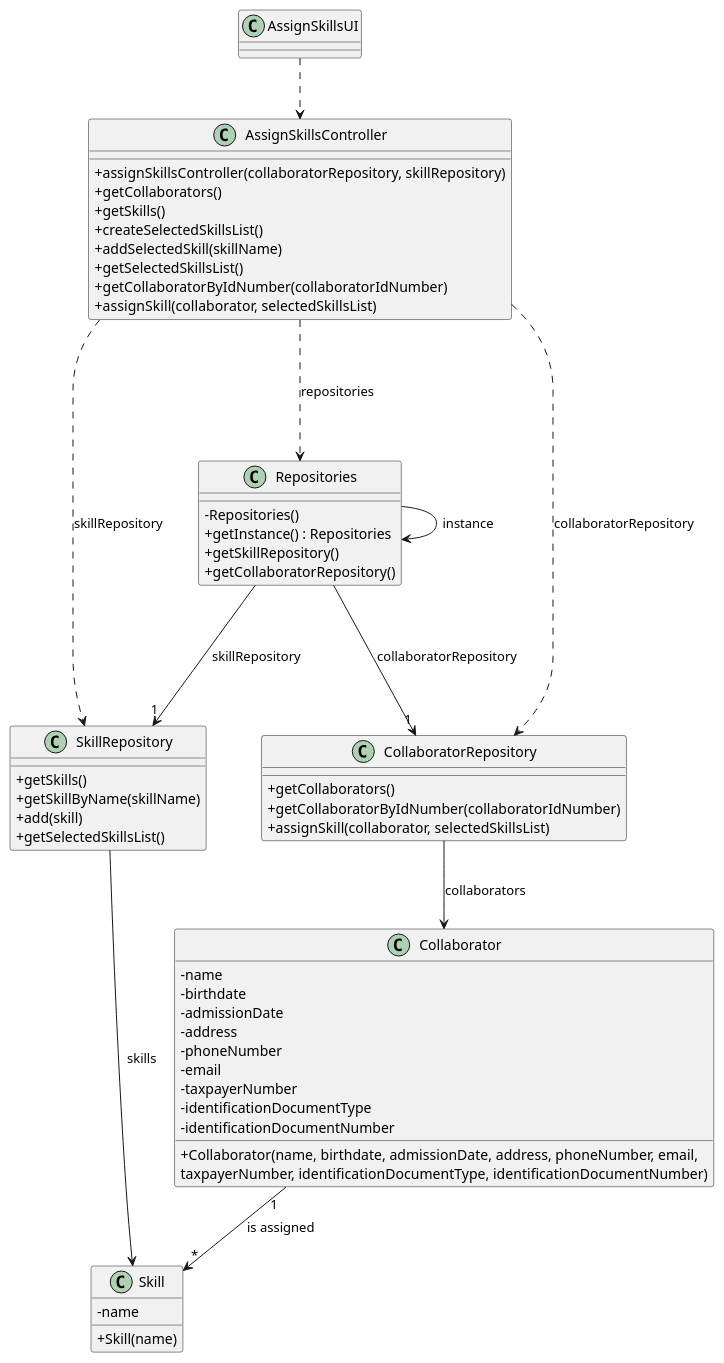
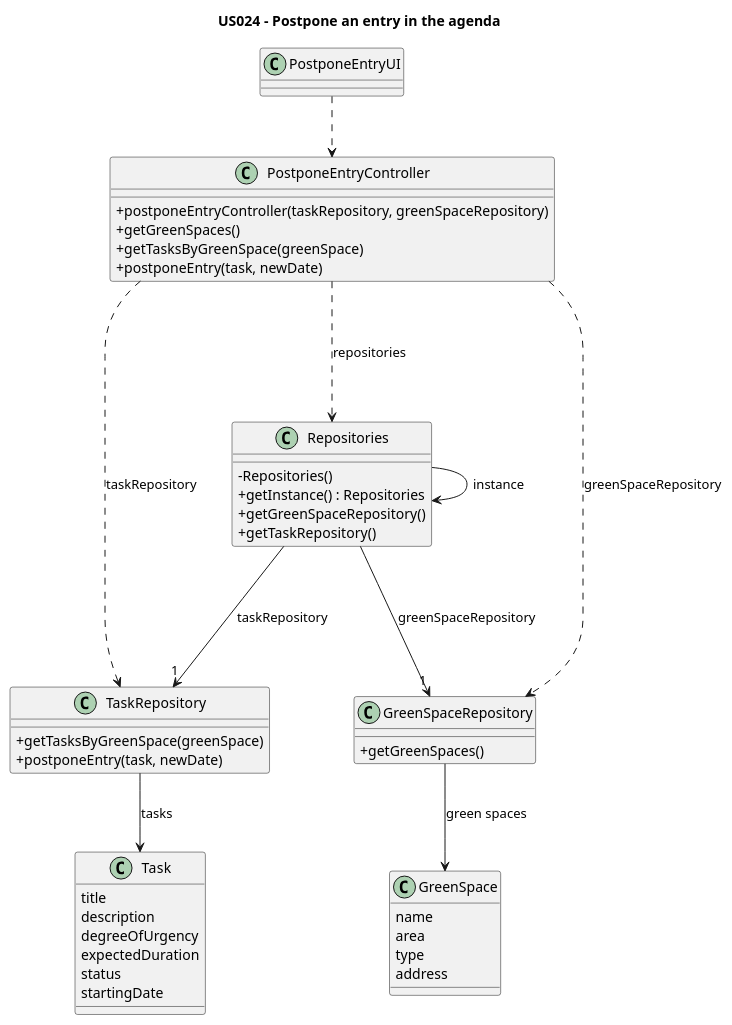
One commit to Departamento-de-Engenharia-Informatica/lei-24-s2-1dm-g132 changed the diagram in docs/sprintC/us024/03.design/puml/us024-class-diagram.puml. Above: the diagram before and after it, drawn with PlantUML.

Commit message:
US24 class diagram

```diff
--- a/docs/sprintC/us024/03.design/puml/us024-class-diagram.puml
+++ b/docs/sprintC/us024/03.design/puml/us024-class-diagram.puml
@@ -1,81 +1,70 @@
 @startuml
 'skinparam monochrome true
 skinparam packageStyle rectangle
 skinparam shadowing false
 skinparam linetype polyline
 skinparam linetype orto
 
 skinparam classAttributeIconSize 0
 
 'left to right direction
 
-class Skill
-{
-    - name
-    + Skill(name)
+title US024 - Postpone an entry in the agenda
+
+class PostponeEntryUI {
 }
 
-class Collaborator {
-    - name
-    - birthdate
-    - admissionDate
-    - address
-    - phoneNumber
-    - email
-    - taxpayerNumber
-    - identificationDocumentType
-    - identificationDocumentNumber
-    + Collaborator(name, birthdate, admissionDate, address, phoneNumber, email, \ntaxpayerNumber, identificationDocumentType, identificationDocumentNumber)
-
+class PostponeEntryController {
+    + postponeEntryController(taskRepository, greenSpaceRepository)
+    + getGreenSpaces()
+    + getTasksByGreenSpace(greenSpace)
+    + postponeEntry(task, newDate)
 }
 
-class AssignSkillsController {
-    + assignSkillsController(collaboratorRepository, skillRepository)
-    + getCollaborators()
-    + getSkills()
-    + createSelectedSkillsList()
-    + addSelectedSkill(skillName)
-    + getSelectedSkillsList()
-    + getCollaboratorByIdNumber(collaboratorIdNumber)
-    + assignSkill(collaborator, selectedSkillsList)
+class Task {
+    title
+    description
+    degreeOfUrgency
+    expectedDuration
+    status
+    startingDate
 }
 
-class AssignSkillsUI {
+class GreenSpace {
+    name
+    area
+    type
+    address
 }
 
 class Repositories {
     - Repositories()
     + getInstance() : Repositories
-    + getSkillRepository()
-    + getCollaboratorRepository()
+    + getGreenSpaceRepository()
+    + getTaskRepository()
 }
 
-class SkillRepository {
-    + getSkills()
-    + getSkillByName(skillName)
-    + add(skill)
-    + getSelectedSkillsList()
+class TaskRepository {
+    + getTasksByGreenSpace(greenSpace)
+    + postponeEntry(task, newDate)
 }
 
-class CollaboratorRepository {
-    + getCollaborators()
-    + getCollaboratorByIdNumber(collaboratorIdNumber)
-    + assignSkill(collaborator, selectedSkillsList)
+class GreenSpaceRepository {
+    + getGreenSpaces()
 }
 
 
-Collaborator "1" --> "*" Skill: is assigned
-AssignSkillsUI ..> AssignSkillsController
-AssignSkillsController ...> Repositories: repositories
-AssignSkillsController ..> SkillRepository: skillRepository
-AssignSkillsController ..> CollaboratorRepository: collaboratorRepository
+PostponeEntryUI ..> PostponeEntryController
+PostponeEntryController ...> Repositories: repositories
+PostponeEntryController ..> TaskRepository: taskRepository
+PostponeEntryController ..> GreenSpaceRepository: greenSpaceRepository
 
 Repositories -> Repositories : instance
-Repositories ---> "1" SkillRepository: skillRepository
-Repositories ---> "1" CollaboratorRepository: collaboratorRepository
+Repositories ---> "1" TaskRepository: taskRepository
+Repositories ---> "1" GreenSpaceRepository: greenSpaceRepository
 
-SkillRepository --> Skill: skills
-CollaboratorRepository --> Collaborator: collaborators
+TaskRepository --> Task: tasks
+GreenSpaceRepository --> GreenSpace: green spaces
 
 
 @enduml
```
